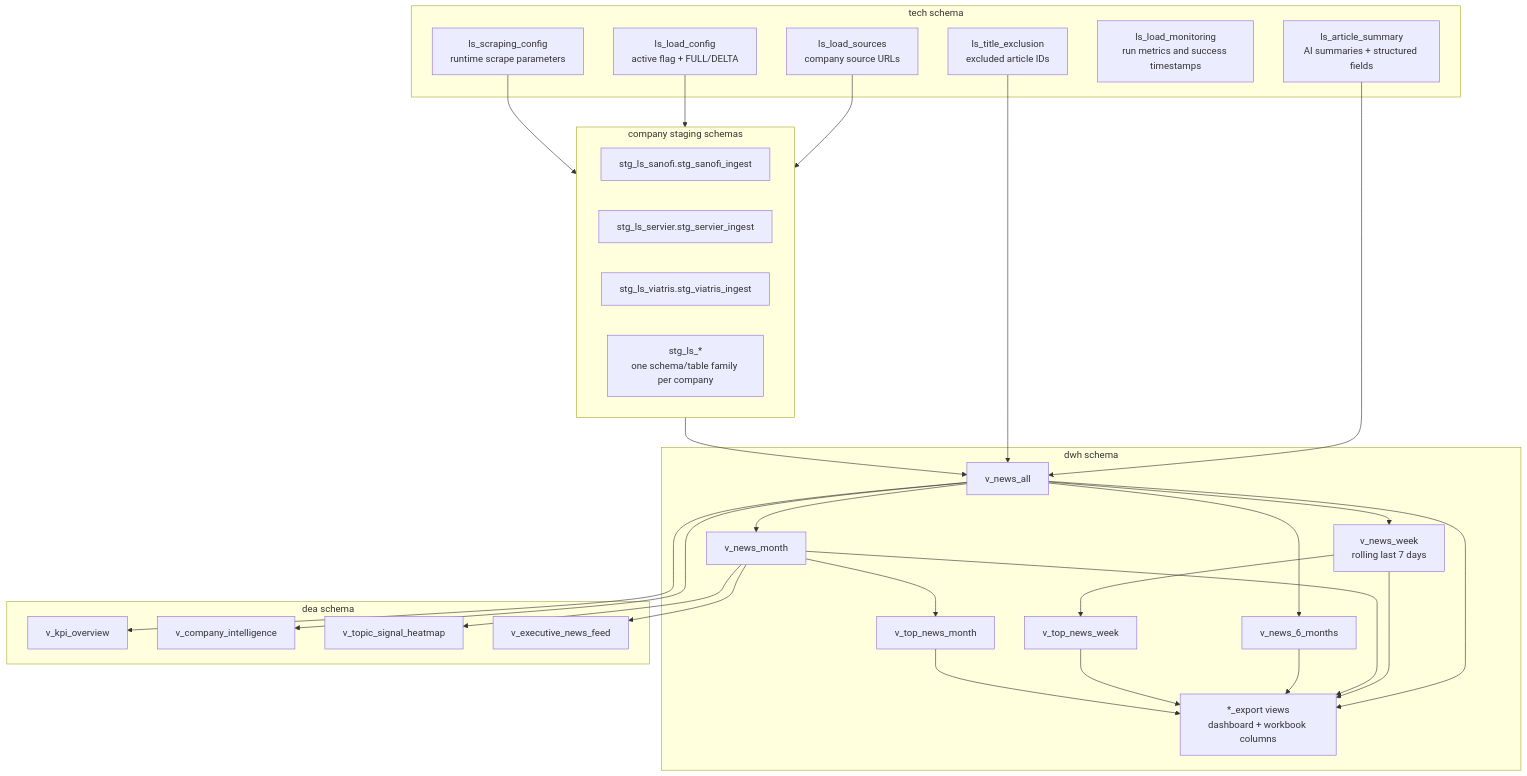
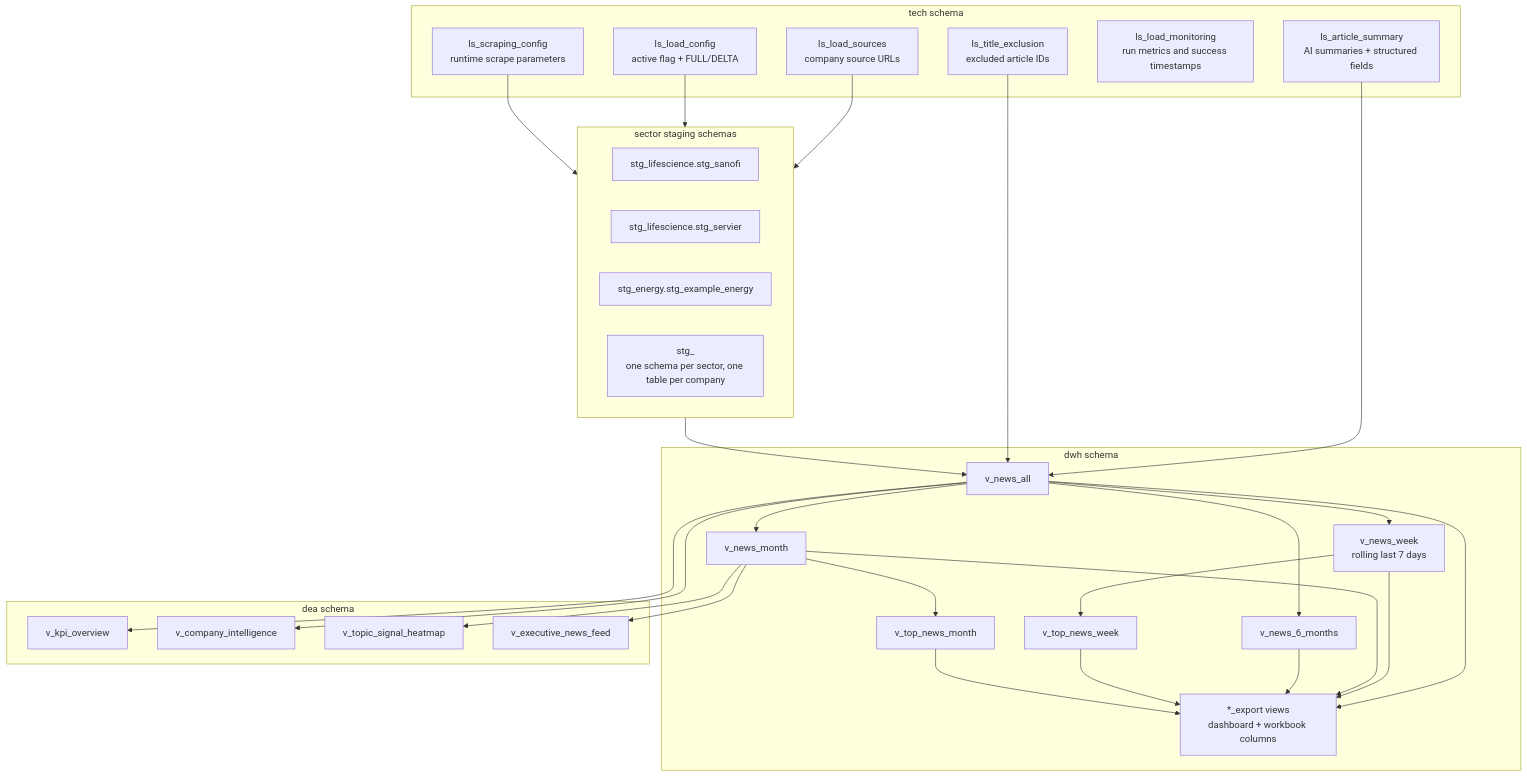
One commit to valentinjoseph/lifescihub changed the third of 4 diagrams in docs/architecture/liscihub_technical_architecture.md. Above: the diagram before and after it, drawn with Mermaid. The commit also changed other lines of this file and 43 other files, not shown here.

````diff
--- a/docs/architecture/liscihub_technical_architecture.md
+++ b/docs/architecture/liscihub_technical_architecture.md
@@ -144,57 +144,57 @@
 ```mermaid
 flowchart TB
     subgraph Tech["tech schema"]
         LoadSources["ls_load_sources<br/>company source URLs"]
         LoadConfig["ls_load_config<br/>active flag + FULL/DELTA"]
         ScrapingConfig["ls_scraping_config<br/>runtime scrape parameters"]
         TitleExclusion["ls_title_exclusion<br/>excluded article IDs"]
         Monitoring["ls_load_monitoring<br/>run metrics and success timestamps"]
         Summary["ls_article_summary<br/>AI summaries + structured fields"]
     end
 
-    subgraph Staging["company staging schemas"]
-        Stg1["stg_ls_sanofi.stg_sanofi_ingest"]
-        Stg2["stg_ls_servier.stg_servier_ingest"]
-        Stg3["stg_ls_viatris.stg_viatris_ingest"]
-        StgN["stg_ls_*<br/>one schema/table family per company"]
+    subgraph Staging["sector staging schemas"]
+        Stg1["stg_lifescience.stg_sanofi"]
+        Stg2["stg_lifescience.stg_servier"]
+        Stg3["stg_energy.stg_example_energy"]
+        StgN["stg_<industry_sector><br/>one schema per sector, one table per company"]
     end
 
     subgraph DWH["dwh schema"]
         All["v_news_all"]
         Week["v_news_week<br/>rolling last 7 days"]
         Month["v_news_month"]
         SixMonths["v_news_6_months"]
         TopWeek["v_top_news_week"]
         TopMonth["v_top_news_month"]
         ExportViews["*_export views<br/>dashboard + workbook columns"]
     end
 
     subgraph DEA["dea schema"]
         Kpis["v_kpi_overview"]
         CompanyIntel["v_company_intelligence"]
         TopicSignals["v_topic_signal_heatmap"]
         ExecFeed["v_executive_news_feed"]
     end
 
     LoadSources --> Staging
     LoadConfig --> Staging
     ScrapingConfig --> Staging
     Staging --> All
     Summary --> All
     TitleExclusion --> All
     All --> Week
     All --> Month
     All --> SixMonths
     Week --> TopWeek
     Month --> TopMonth
     All --> ExportViews
     Week --> ExportViews
     Month --> ExportViews
     SixMonths --> ExportViews
     All --> Kpis
     All --> CompanyIntel
     Month --> TopicSignals
     Month --> ExecFeed
     TopWeek --> ExportViews
     TopMonth --> ExportViews
 ```
````
